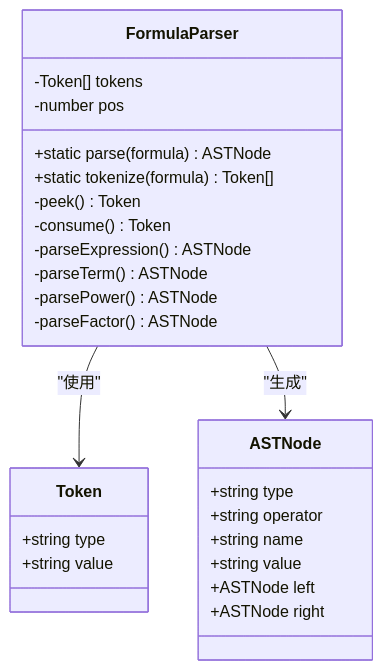
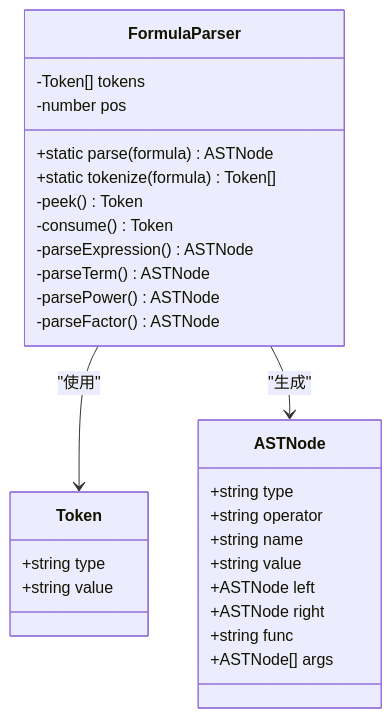
The second of 7 diagrams in .qoder/repowiki/zh/content/开发者指南/核心模块实现/公式解析器.md (steveyu2/formula-mapper), drawn with Mermaid before and after one commit. The commit also changed other lines of this file and 19 other files, not shown here.

````diff
--- a/.qoder/repowiki/zh/content/开发者指南/核心模块实现/公式解析器.md
+++ b/.qoder/repowiki/zh/content/开发者指南/核心模块实现/公式解析器.md
@@ -89,29 +98,31 @@
 ```mermaid
 classDiagram
 class Token {
 +string type
 +string value
 }
 class ASTNode {
 +string type
 +string operator
 +string name
 +string value
 +ASTNode left
 +ASTNode right
++string func
++ASTNode[] args
 }
 class FormulaParser {
 -Token[] tokens
 -number pos
 +static parse(formula) ASTNode
 +static tokenize(formula) Token[]
 -peek() Token
 -consume() Token
 -parseExpression() ASTNode
 -parseTerm() ASTNode
 -parsePower() ASTNode
 -parseFactor() ASTNode
 }
 FormulaParser --> Token : "使用"
 FormulaParser --> ASTNode : "生成"
 ```
````
